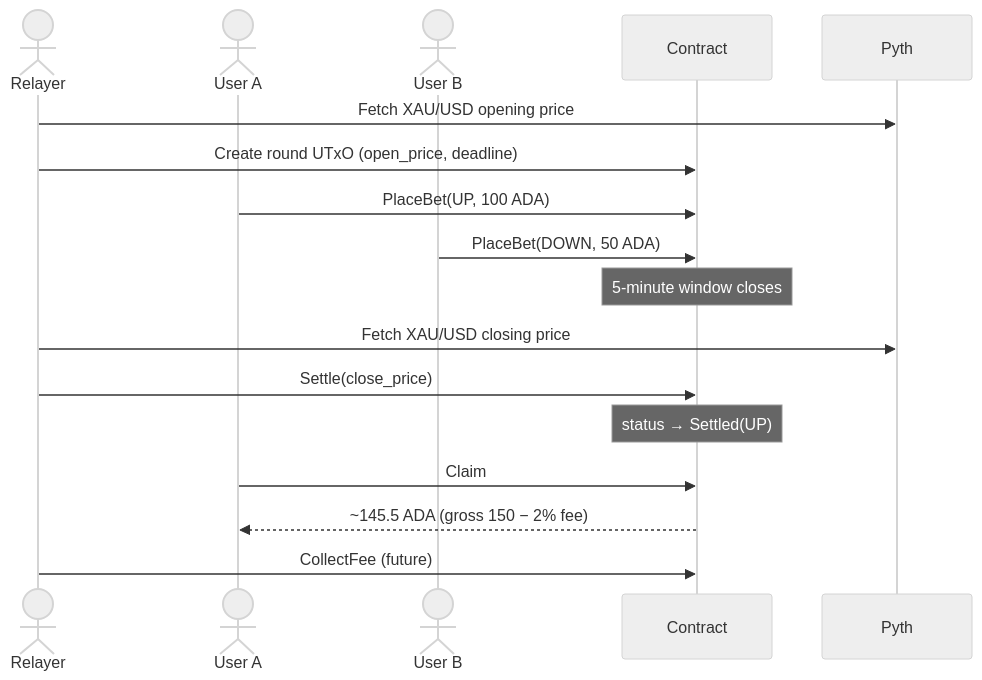
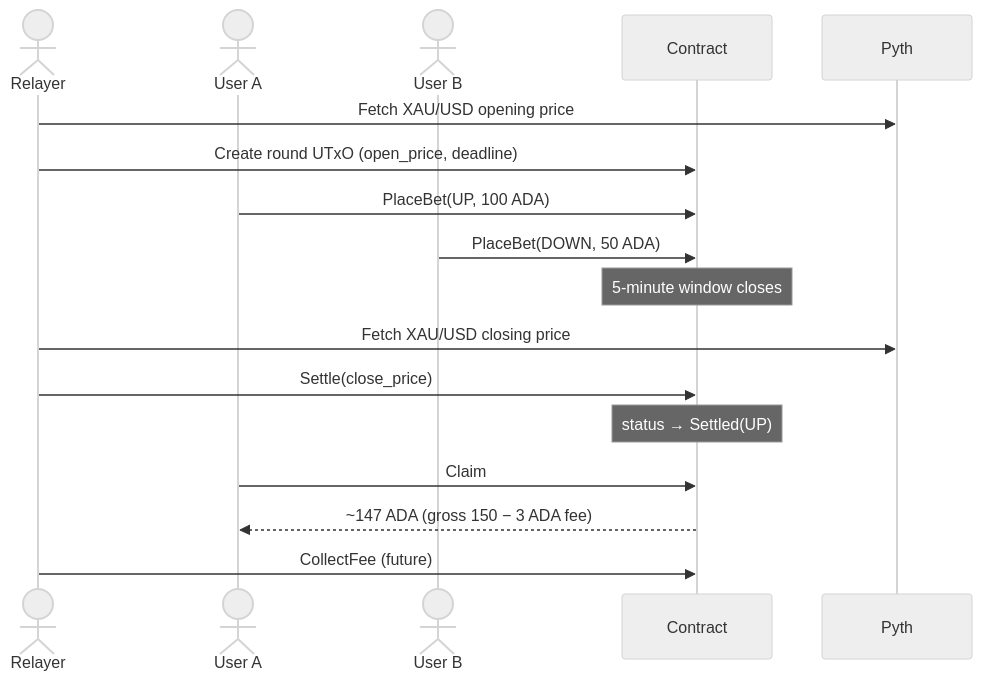
One commit to Sixela33/pyth-examples changed the first of 2 diagrams in lazer/cardano/5minBets/README.md. Above: the diagram before and after it, drawn with Mermaid (neutral theme). The commit also changed other lines of this file and 6 other files, not shown here.

````diff
--- a/lazer/cardano/5minBets/README.md
+++ b/lazer/cardano/5minBets/README.md
@@ -21,25 +21,25 @@
 ```mermaid
 sequenceDiagram
     actor Relayer
     actor User A
     actor User B
     participant Contract
     participant Pyth
 
     Relayer->>Pyth: Fetch XAU/USD opening price
     Relayer->>Contract: Create round UTxO (open_price, deadline)
 
     User A->>Contract: PlaceBet(UP, 100 ADA)
     User B->>Contract: PlaceBet(DOWN, 50 ADA)
 
     Note over Contract: 5-minute window closes
 
     Relayer->>Pyth: Fetch XAU/USD closing price
     Relayer->>Contract: Settle(close_price)
     Note over Contract: status → Settled(UP)
 
     User A->>Contract: Claim
-    Contract-->>User A: ~145.5 ADA (gross 150 − 2% fee)
+    Contract-->>User A: ~147 ADA (gross 150 − 3 ADA fee)
 
     Relayer->>Contract: CollectFee (future)
 ```
````
